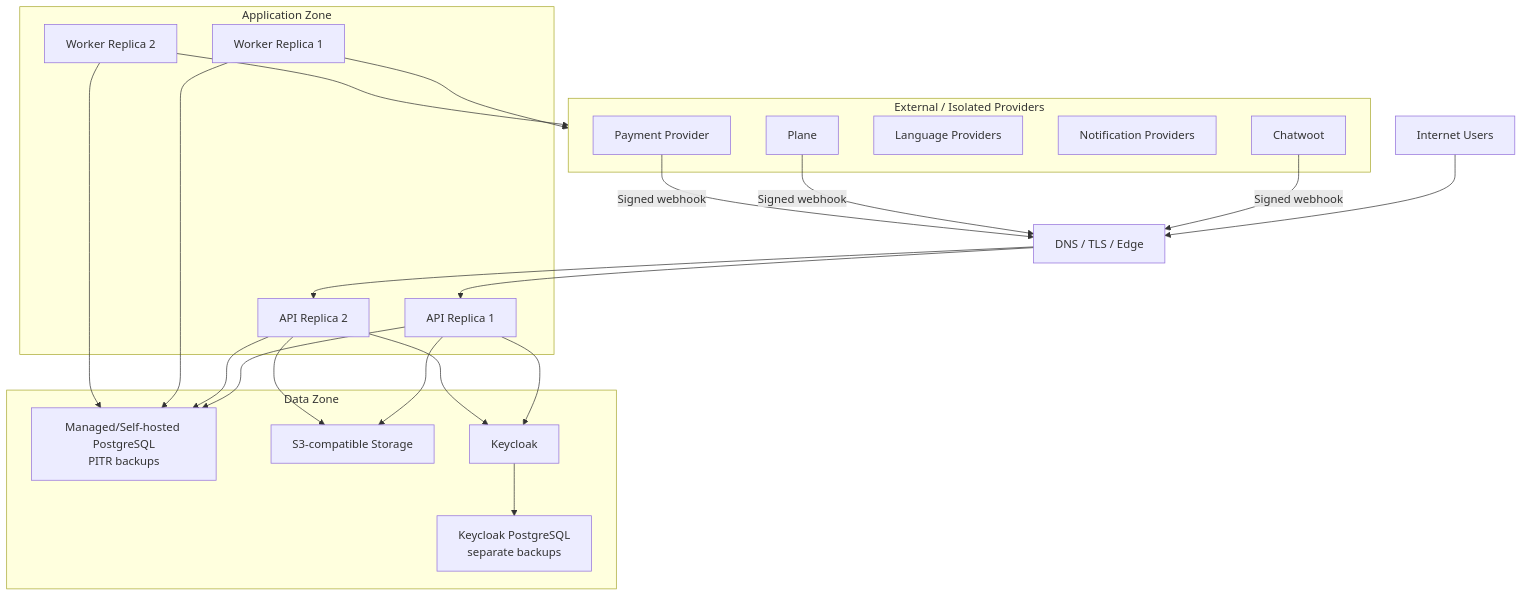
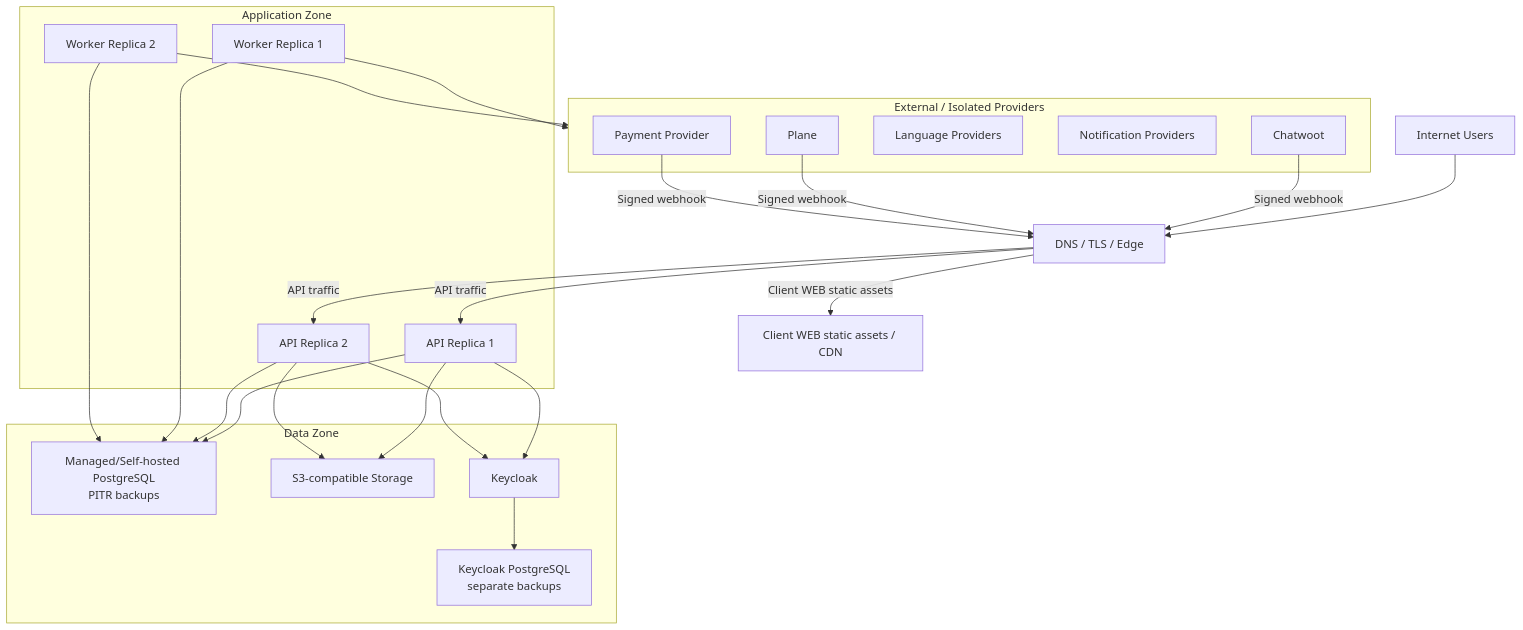
The tenth of 10 diagrams in knowledge/system/cifedra-hld.md (DIGITALATOM1/CIFEDRA), drawn with Mermaid before and after one commit. The commit also changed other lines of this file and 18 other files, not shown here.

Commit message:
Add client web application architecture

````diff
--- a/knowledge/system/cifedra-hld.md
+++ b/knowledge/system/cifedra-hld.md
@@ -986,45 +998,47 @@
 ```mermaid
 flowchart TB
   Users["Internet Users"]
   DNS["DNS / TLS / Edge"]
+  Web["Client WEB static assets / CDN"]
 
   subgraph AppZone["Application Zone"]
     API1["API Replica 1"]
     API2["API Replica 2"]
     Worker1["Worker Replica 1"]
     Worker2["Worker Replica 2"]
   end
 
   subgraph DataZone["Data Zone"]
     PG["Managed/Self-hosted PostgreSQL<br/>PITR backups"]
     Media["S3-compatible Storage"]
     Keycloak["Keycloak"]
     KeycloakDB["Keycloak PostgreSQL<br/>separate backups"]
   end
 
   subgraph External["External / Isolated Providers"]
     Chatwoot["Chatwoot"]
     Plane["Plane"]
     Language["Language Providers"]
     Notify["Notification Providers"]
     Payment["Payment Provider"]
   end
 
   Users --> DNS
-  DNS --> API1
-  DNS --> API2
+  DNS -->|"Client WEB static assets"| Web
+  DNS -->|"API traffic"| API1
+  DNS -->|"API traffic"| API2
   API1 --> PG
   API2 --> PG
   API1 --> Media
   API2 --> Media
   API1 --> Keycloak
   API2 --> Keycloak
   Keycloak --> KeycloakDB
   Worker1 --> PG
   Worker2 --> PG
   Worker1 --> External
   Worker2 --> External
   Chatwoot -->|"Signed webhook"| DNS
   Plane -->|"Signed webhook"| DNS
   Payment -->|"Signed webhook"| DNS
 ```
````
